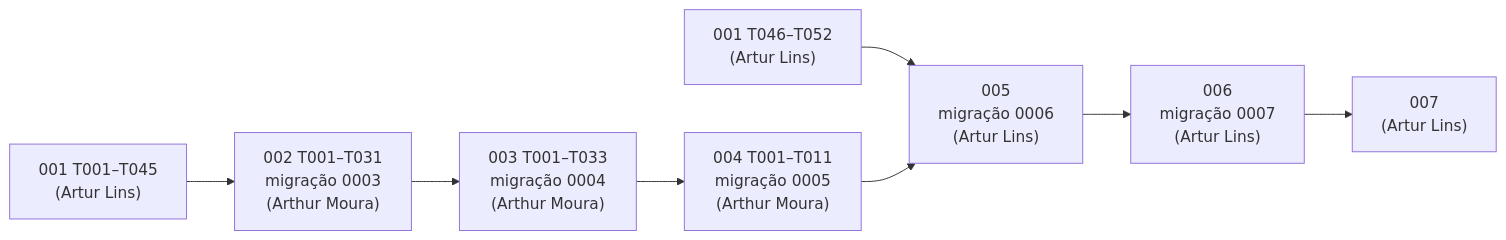
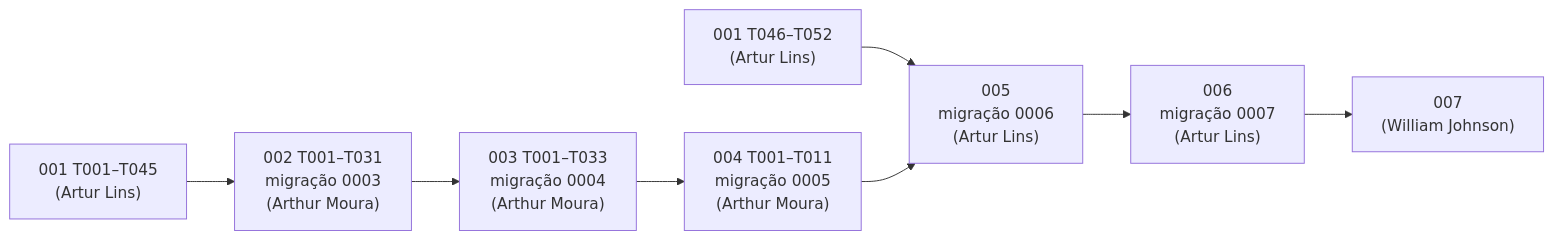
The diagram in docs/specs/divisao-implementacao-mvp.md (AAPW-Systems/plataforma-estudo-gamificada), drawn with Mermaid before and after one commit. The commit also changed other lines of this file, not shown here.

Commit message:
docs(specs): reflete a designação de William Johnson para a 007 na divisão da implementação do MVP

````diff
--- a/docs/specs/divisao-implementacao-mvp.md
+++ b/docs/specs/divisao-implementacao-mvp.md
@@ -46,10 +47,10 @@
 ```mermaid
 flowchart LR
   A1["001 T001–T045<br/>(Artur Lins)"] --> B1["002 T001–T031<br/>migração 0003<br/>(Arthur Moura)"]
   B1 --> B2["003 T001–T033<br/>migração 0004<br/>(Arthur Moura)"]
   B2 --> B3["004 T001–T011<br/>migração 0005<br/>(Arthur Moura)"]
   A2["001 T046–T052<br/>(Artur Lins)"] --> A3
   B3 --> A3["005<br/>migração 0006<br/>(Artur Lins)"]
   A3 --> A4["006<br/>migração 0007<br/>(Artur Lins)"]
-  A4 --> A5["007<br/>(Artur Lins)"]
+  A4 --> A5["007<br/>(William Johnson)"]
 ```
````
